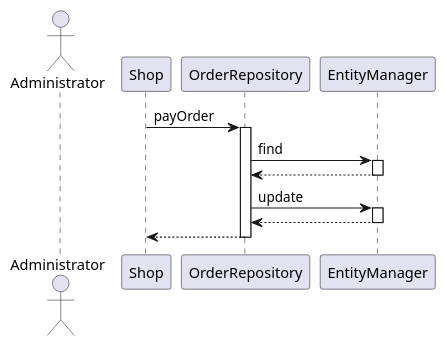
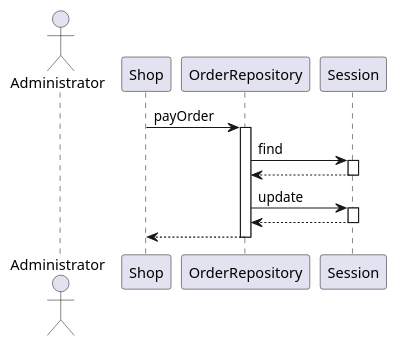
The sixth of 10 diagrams in Deliverables/DesignDocument.md (mspronesti/ezshop), drawn with PlantUML before and after one commit. The commit also changed other lines of this file and 4 other files, not shown here.

````diff
--- a/Deliverables/DesignDocument.md
+++ b/Deliverables/DesignDocument.md
@@ -391,22 +363,22 @@
 ```plantuml
 @startuml
     actor Administrator
     Shop -> OrderRepository: payOrder
     activate OrderRepository
 
-    OrderRepository -> EntityManager: find
-    activate EntityManager
+    OrderRepository -> Session: find
+    activate Session
 
-    EntityManager --> OrderRepository
-    deactivate EntityManager
+    Session --> OrderRepository
+    deactivate Session
 
-    OrderRepository -> EntityManager: update
-    activate EntityManager
+    OrderRepository -> Session: update
+    activate Session
 
-    EntityManager --> OrderRepository
-    deactivate EntityManager
+    Session --> OrderRepository
+    deactivate Session
 
     OrderRepository --> Shop
     deactivate OrderRepository
 @enduml
 ```
````
